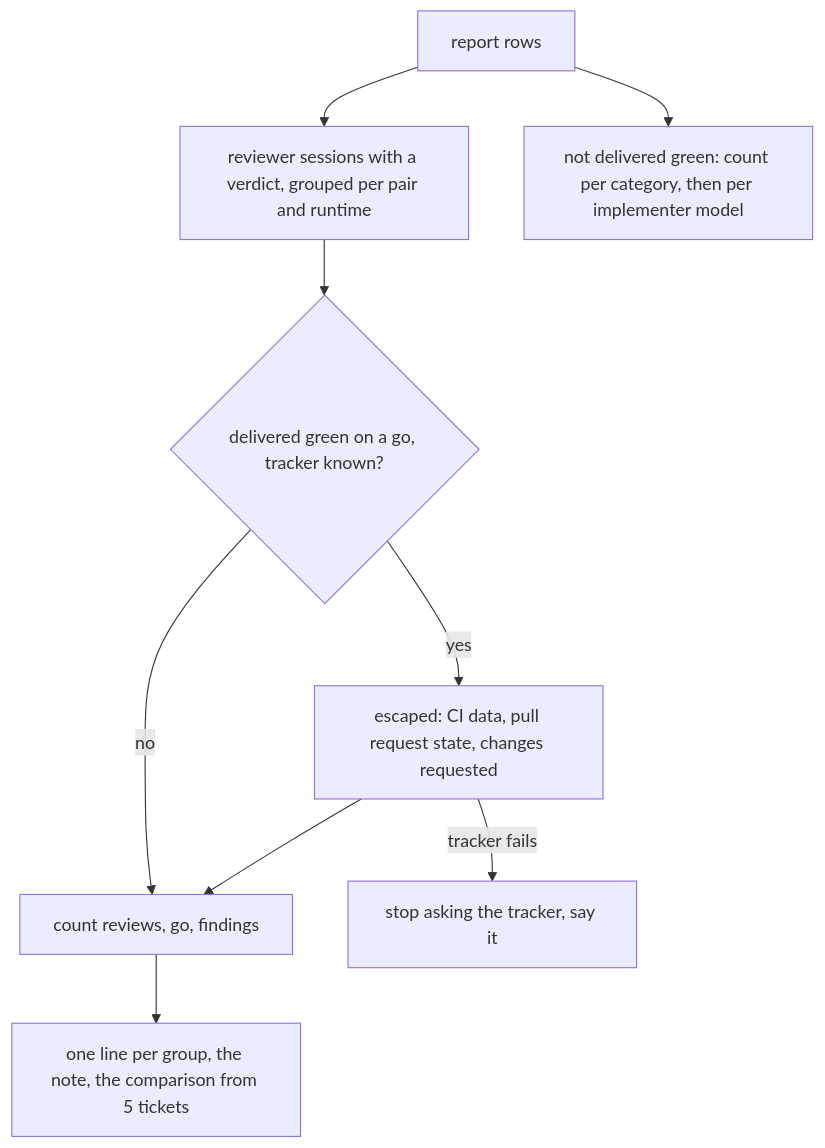
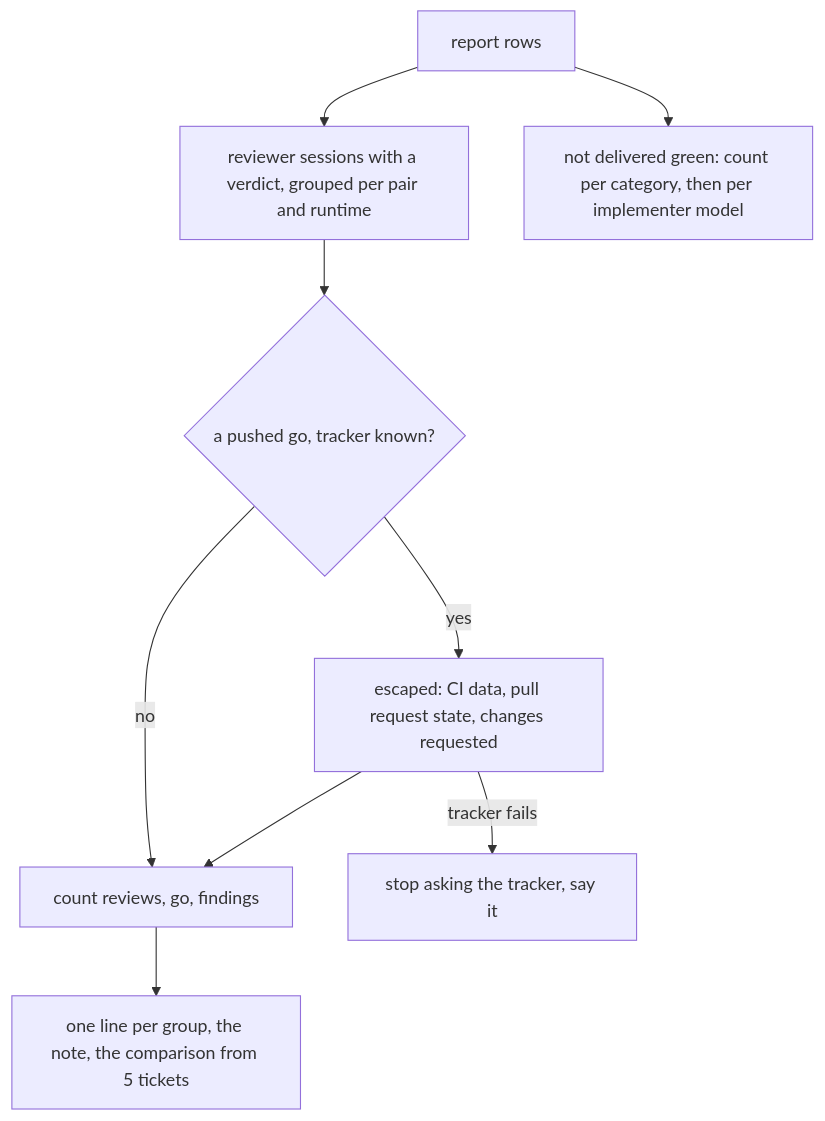
The first of 3 diagrams in docs/architecture/modules/review_escapes.md (plaplanche/ariane), drawn with Mermaid before and after one commit. The commit also changed other lines of this file and 5 other files, not shown here.

````diff
--- a/docs/architecture/modules/review_escapes.md
+++ b/docs/architecture/modules/review_escapes.md
@@ -29,11 +29,11 @@
 ```mermaid
 flowchart TD
   A[report rows] --> B[reviewer sessions with a verdict, grouped per pair and runtime]
-  B --> C{delivered green on a go, tracker known?}
+  B --> C{a pushed go, tracker known?}
   C -- no --> E[count reviews, go, findings]
   C -- yes --> D[escaped: CI data, pull request state, changes requested]
   D -- tracker fails --> F[stop asking the tracker, say it]
   D --> E
   E --> G[one line per group, the note, the comparison from 5 tickets]
   A --> H[not delivered green: count per category, then per implementer model]
 ```
````
